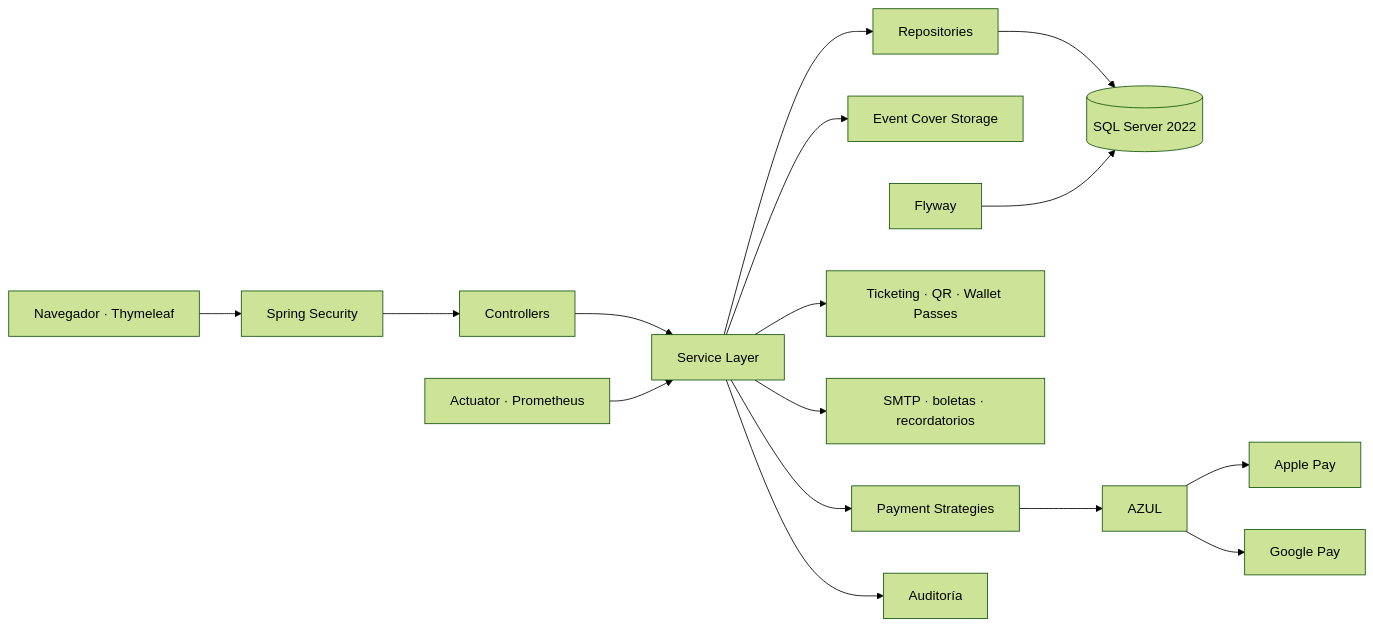
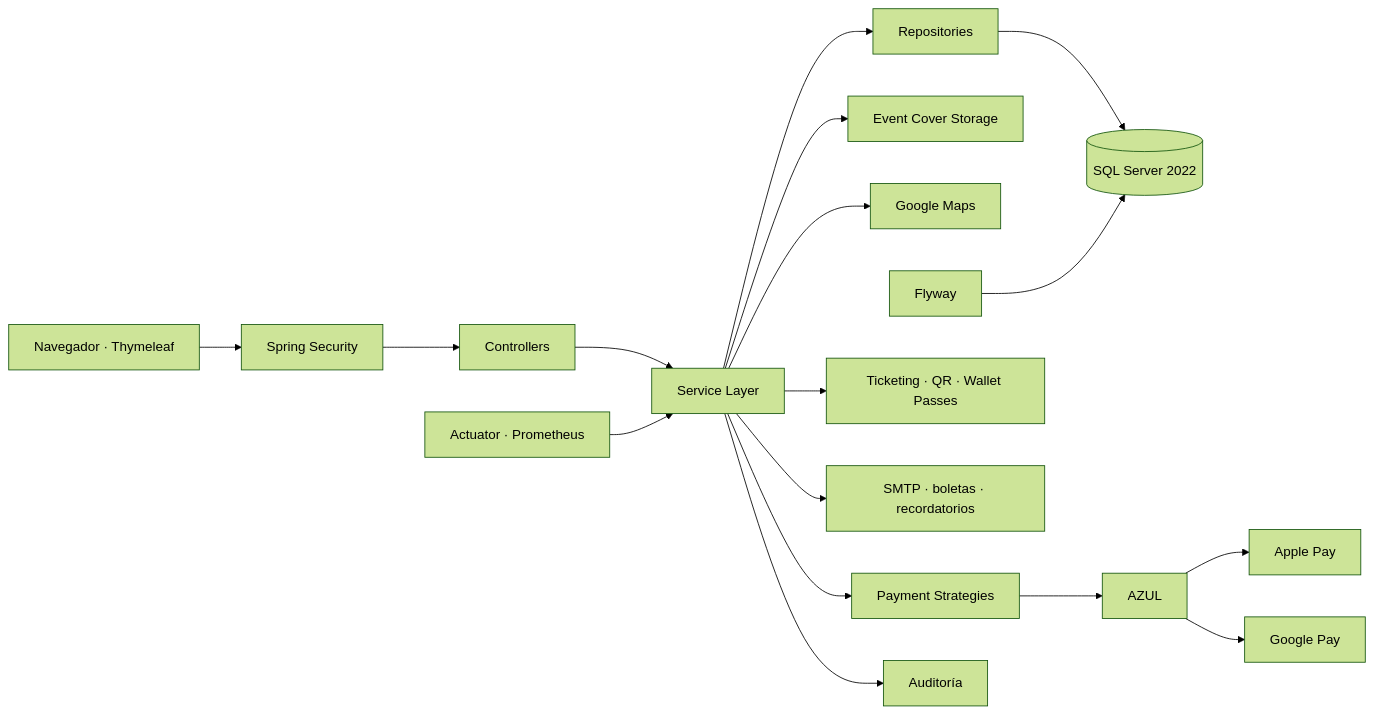
The diagram in README.md (Jairo0811/Eventix), drawn with Mermaid (forest theme) before and after one commit. The commit also changed other lines of this file, not shown here.

````diff
--- a/README.md
+++ b/README.md
@@ -344,18 +272,19 @@
 ```mermaid
 flowchart LR
     Browser["Navegador · Thymeleaf"] --> Security["Spring Security"]
     Security --> Controller["Controllers"]
     Controller --> Service["Service Layer"]
     Service --> Repository["Repositories"]
     Repository --> Database[(SQL Server 2022)]
     Service --> CoverStorage["Event Cover Storage"]
+    Service --> Maps["Google Maps"]
     Service --> Payments["Payment Strategies"]
     Payments --> Azul["AZUL"]
     Azul --> ApplePay["Apple Pay"]
     Azul --> GooglePay["Google Pay"]
     Service --> Ticketing["Ticketing · QR · Wallet Passes"]
     Service --> Notifications["SMTP · boletas · recordatorios"]
     Flyway["Flyway"] --> Database
     Metrics["Actuator · Prometheus"] --> Service
     Service --> Audit["Auditoría"]
 ```
````
